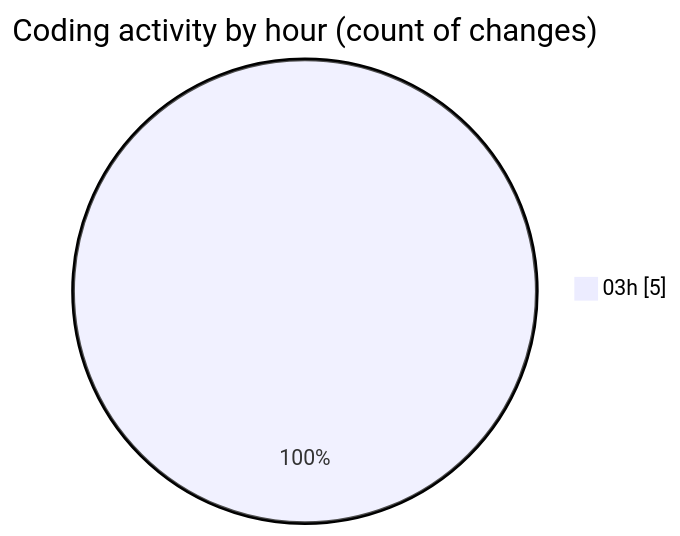
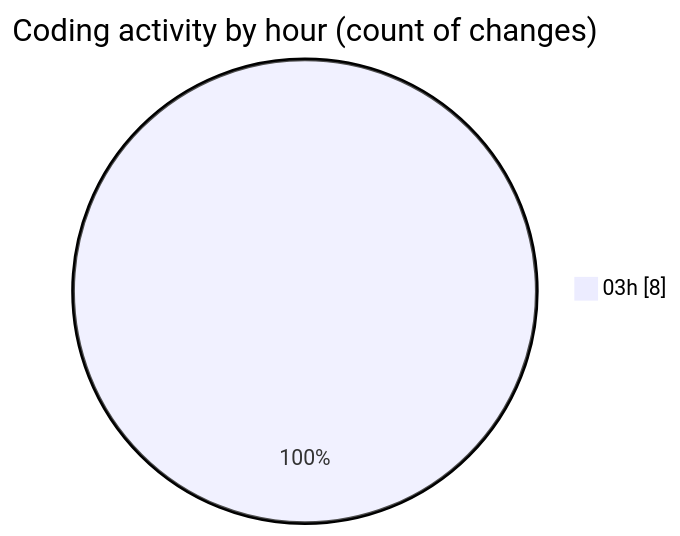
One commit to mevix1/code-tracking changed the second of 2 diagrams in 2025-10-09/api-hub/README.md. Above: the diagram before and after it, drawn with Mermaid. The commit also changed other lines of this file and 1 other file, not shown here.

````diff
--- a/2025-10-09/api-hub/README.md
+++ b/2025-10-09/api-hub/README.md
@@ -32,5 +35,5 @@
 ```mermaid
 pie showData
 title Coding activity by hour (count of changes)
-"03h" : 5
+"03h" : 8
 ```
````
